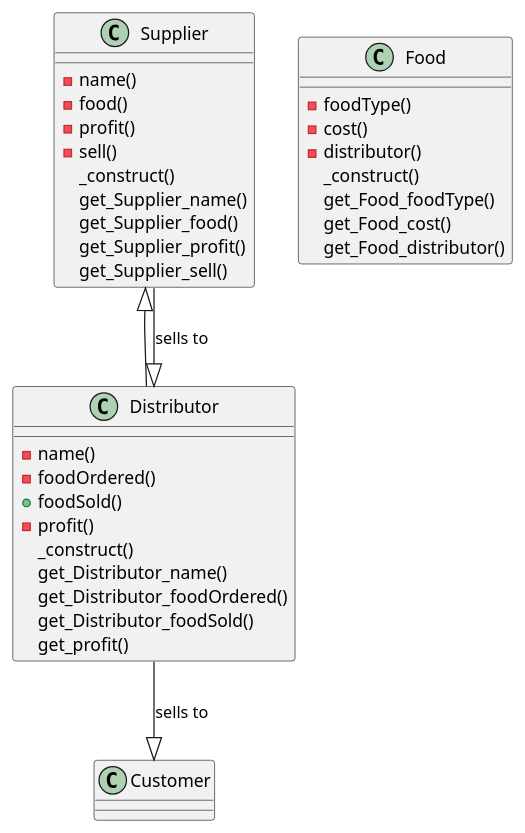
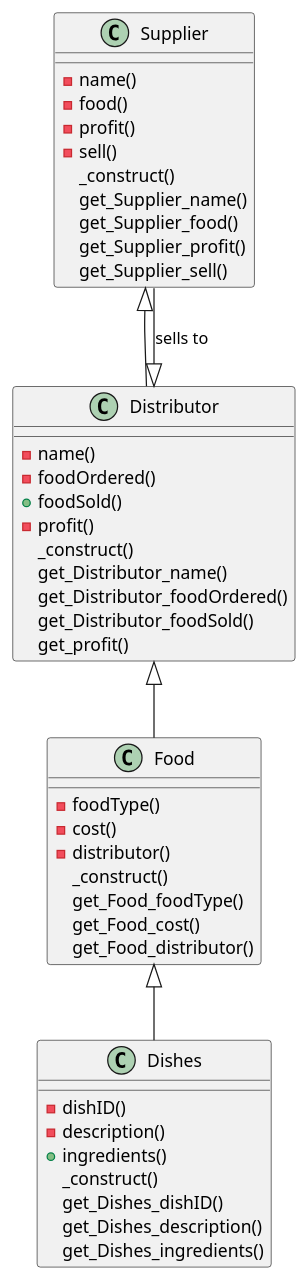
One commit to CHICKENGUD/block3-adv-web changed the diagram in project-1/food.puml. Above: the diagram before and after it, drawn with PlantUML. The commit also changed other lines of this file, not shown here.

```diff
--- a/project-1/food.puml
+++ b/project-1/food.puml
@@ -1,42 +1,50 @@
 @startuml
 
 class Supplier {
   - name()
   - food() 
   - profit()
   - sell()
   _construct()
   get_Supplier_name()
   get_Supplier_food()
   get_Supplier_profit()
   get_Supplier_sell()
 }
 
 class Distributor extends Supplier {
   - name()
   - foodOrdered()
   + foodSold()
   - profit()
   _construct()
   get_Distributor_name()
   get_Distributor_foodOrdered()
   get_Distributor_foodSold()
   get_profit()
 }
 
-class Food {
+class Food extends Distributor {
   - foodType()
   - cost()
   - distributor()
   _construct()
   get_Food_foodType()
   get_Food_cost()
   get_Food_distributor()
 }
 
-
+class Dishes extends Food {
+  - dishID()
+  -description()
+  +ingredients()
+  _construct()
+  get_Dishes_dishID()
+  get_Dishes_description()
+  get_Dishes_ingredients()
+}
 
 
 Supplier --|> Distributor : sells to
-Distributor --|> Customer : sells to
+
 @enduml
```
